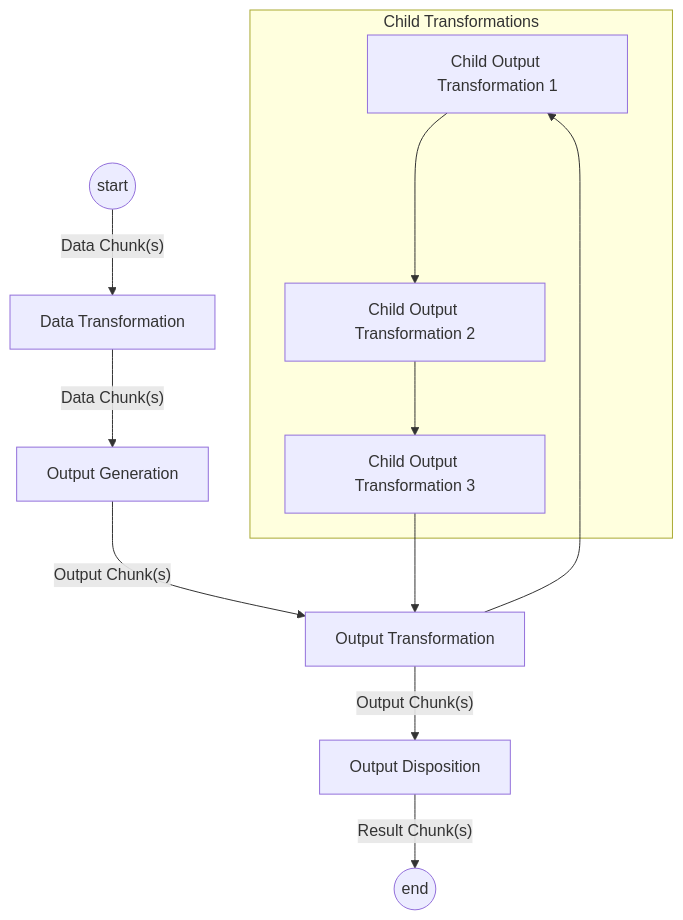
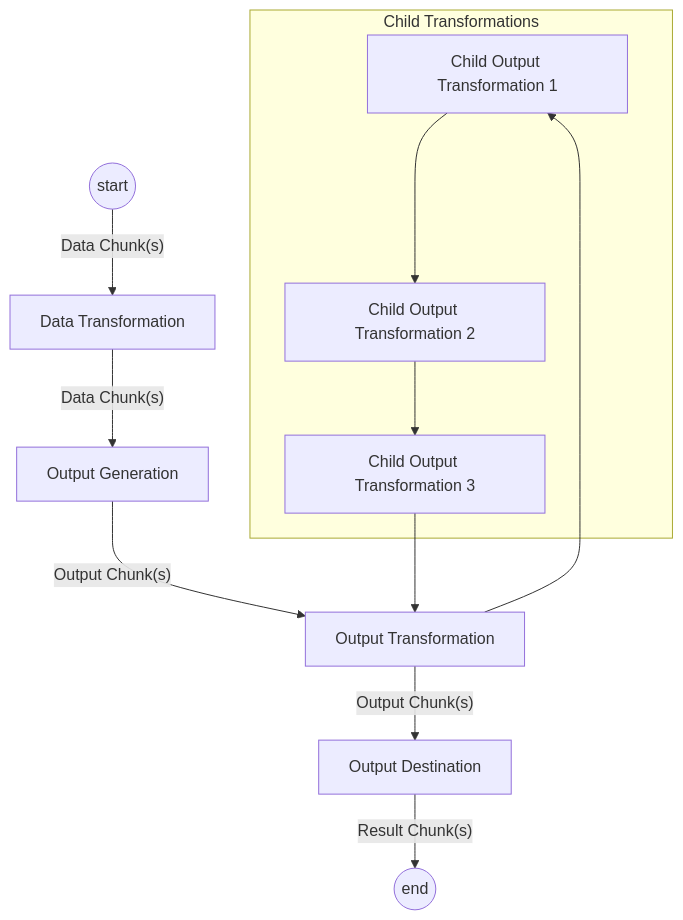
The third of 4 diagrams in README.md (4PointSolutions/FormsPipeline), drawn with Mermaid before and after one commit. The commit also changed other lines of this file, not shown here.

````diff
--- a/README.md
+++ b/README.md
@@ -84,13 +84,13 @@
 ```mermaid
 graph TD
     subgraph Child Transformations
         B1[Child Output Transformation 1] ---> B2[Child Output Transformation 2] --> B3[Child Output Transformation 3]
     end
     A((start))-->|"Data Chunk(s)"| B[Data Transformation]
     B -->|"Data Chunk(s)"| C[Output Generation]
     C -->|"Output Chunk(s)"| D[Output Transformation]
     D --> B1
     B3 --> D
-    D -->|"Output Chunk(s)"| E[Output Disposition]
+    D -->|"Output Chunk(s)"| E[Output Destination]
     E -->|"Result Chunk(s)"| F((end))
 ```
````
